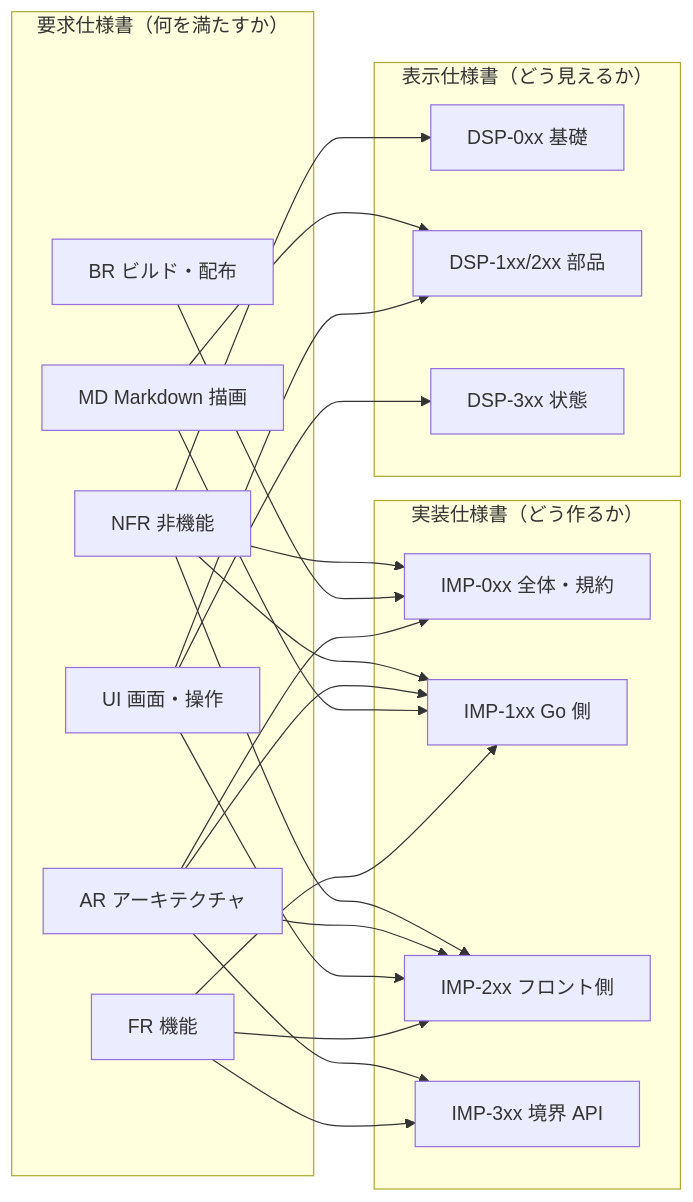
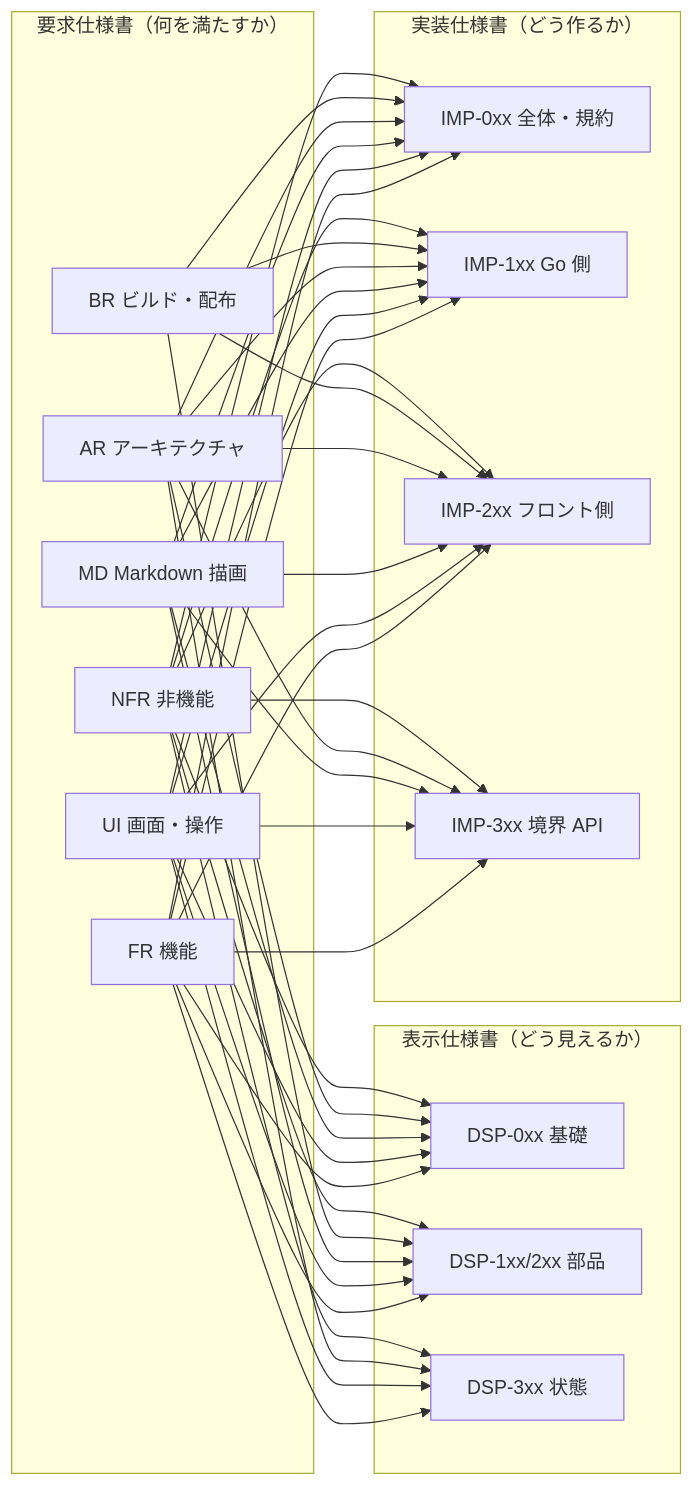
Before and after one commit to kznagamori/go_MarkView: the diagram in docs/specs/90-traceability.md, drawn with Mermaid. The commit also changed other lines of this file and 25 other files, not shown here.

````diff
--- a/docs/specs/90-traceability.md
+++ b/docs/specs/90-traceability.md
@@ -44,31 +45,31 @@
 ```mermaid
 flowchart LR
     subgraph REQ["要求仕様書（何を満たすか）"]
         FR["FR 機能"]
         UI["UI 画面・操作"]
         MD["MD Markdown 描画"]
         AR["AR アーキテクチャ"]
         BR["BR ビルド・配布"]
         NFR["NFR 非機能"]
     end
 
     subgraph IMPL["実装仕様書（どう作るか）"]
         I1["IMP-0xx 全体・規約"]
         I2["IMP-1xx Go 側"]
         I3["IMP-2xx フロント側"]
         I4["IMP-3xx 境界 API"]
     end
 
     subgraph DISP["表示仕様書（どう見えるか）"]
         D1["DSP-0xx 基礎"]
         D2["DSP-1xx/2xx 部品"]
         D3["DSP-3xx 状態"]
     end
 
-    FR --> I2 & I3 & I4
-    UI --> I3 & D2 & D3
-    MD --> I2 & D2
-    AR --> I1 & I2 & I3 & I4
-    BR --> I1
-    NFR --> I1 & I2 & I3 & D1
+    FR --> I1 & I2 & I3 & I4 & D1 & D2 & D3
+    UI --> I1 & I2 & I3 & I4 & D1 & D2 & D3
+    MD --> I1 & I2 & I3 & I4 & D1 & D2
+    AR --> I1 & I2 & I3 & I4 & D1 & D3
+    BR --> I1 & I2 & I3 & D2
+    NFR --> I1 & I2 & I3 & I4 & D1 & D2 & D3
 ```
````
